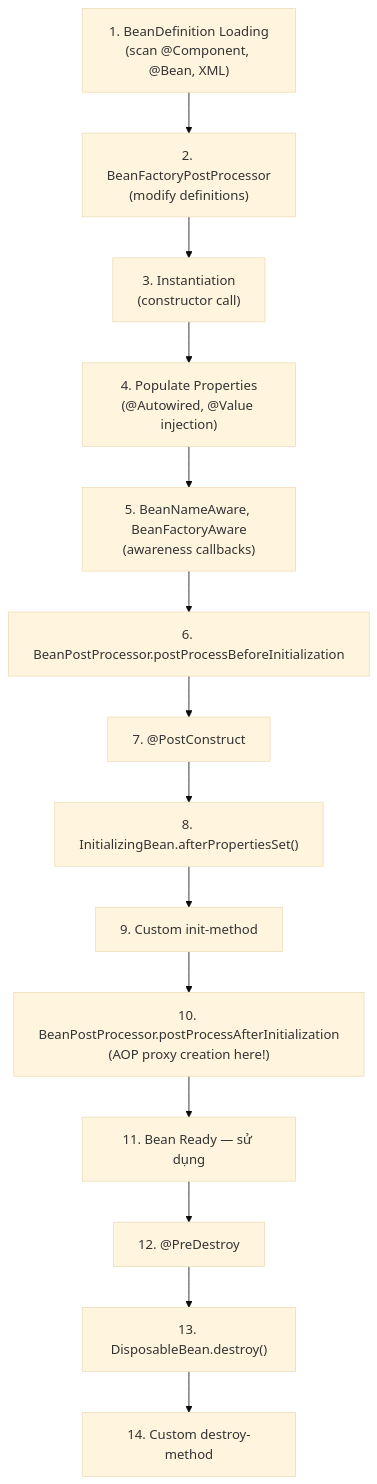
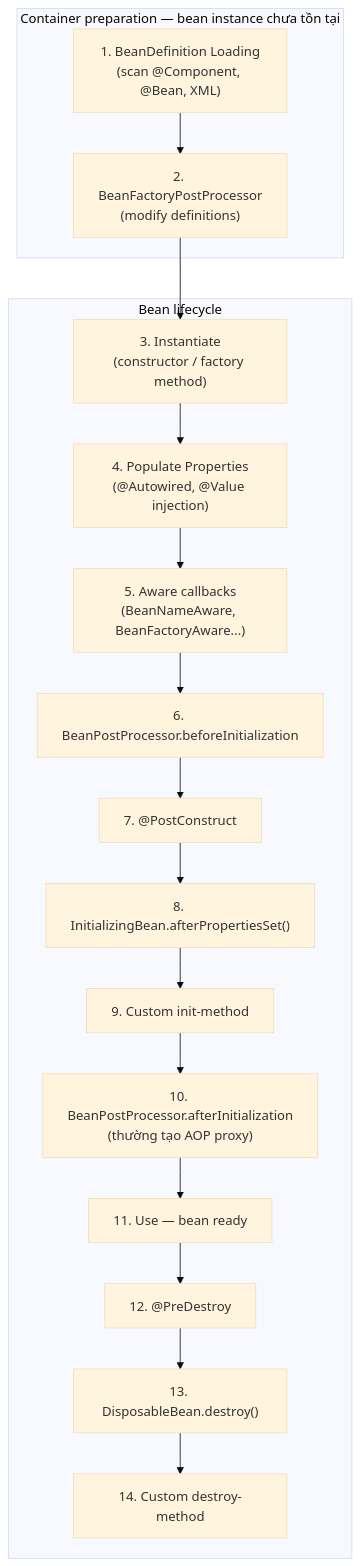
Before and after one commit to vanhiep99w/java-learn: the first of 2 diagrams in content/docs/spring/bean-lifecycle.md, drawn with Mermaid (base theme). The commit also changed other lines of this file and 8 other files, not shown here.

````diff
--- a/content/docs/spring/bean-lifecycle.md
+++ b/content/docs/spring/bean-lifecycle.md
@@ -35,16 +66,22 @@
 ```mermaid
 flowchart TD
-    A["1. BeanDefinition Loading<br/>(scan @Component, @Bean, XML)"] --> B["2. BeanFactoryPostProcessor<br/>(modify definitions)"]
-    B --> C["3. Instantiation<br/>(constructor call)"]
-    C --> D["4. Populate Properties<br/>(@Autowired, @Value injection)"]
-    D --> E["5. BeanNameAware, BeanFactoryAware<br/>(awareness callbacks)"]
-    E --> F["6. BeanPostProcessor.postProcessBeforeInitialization"]
-    F --> G["7. @PostConstruct"]
-    G --> H["8. InitializingBean.afterPropertiesSet()"]
-    H --> I["9. Custom init-method"]
-    I --> J["10. BeanPostProcessor.postProcessAfterInitialization<br/>(AOP proxy creation here!)"]
-    J --> K["11. Bean Ready — sử dụng"]
-    K --> L["12. @PreDestroy"]
-    L --> M["13. DisposableBean.destroy()"]
-    M --> N["14. Custom destroy-method"]
+    subgraph P[Container preparation — bean instance chưa tồn tại]
+        A["1. BeanDefinition Loading<br/>(scan @Component, @Bean, XML)"] --> B["2. BeanFactoryPostProcessor<br/>(modify definitions)"]
+    end
+
+    subgraph L[Bean lifecycle]
+        C["3. Instantiate<br/>(constructor / factory method)"] --> D["4. Populate Properties<br/>(@Autowired, @Value injection)"]
+        D --> E["5. Aware callbacks<br/>(BeanNameAware, BeanFactoryAware...)"]
+        E --> F["6. BeanPostProcessor.beforeInitialization"]
+        F --> G["7. @PostConstruct"]
+        G --> H["8. InitializingBean.afterPropertiesSet()"]
+        H --> I["9. Custom init-method"]
+        I --> J["10. BeanPostProcessor.afterInitialization<br/>(thường tạo AOP proxy)"]
+        J --> K["11. Use — bean ready"]
+        K --> L1["12. @PreDestroy"]
+        L1 --> M["13. DisposableBean.destroy()"]
+        M --> N["14. Custom destroy-method"]
+    end
+
+    B --> C
 ```
````
